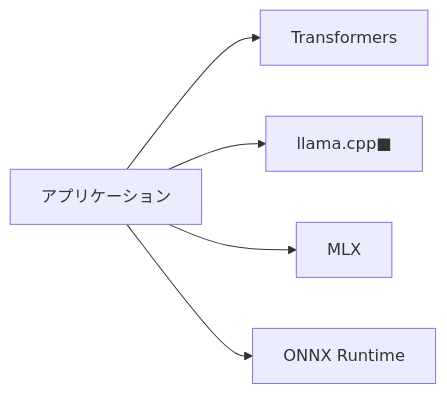
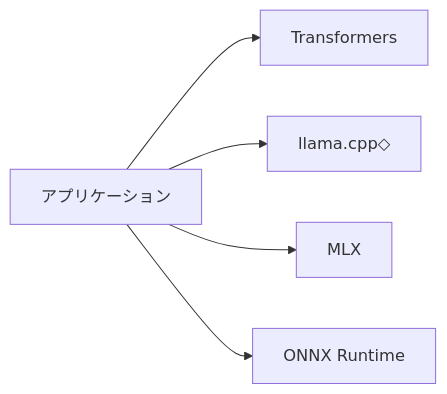
The ninth of 14 diagrams in README.md (SparklingDetergent/doc_genai_Using_Generative_AI_with_Mac_Mini_-Introduction-), drawn with Mermaid before and after one commit. The commit also changed other lines of this file, not shown here.

````diff
--- a/README.md
+++ b/README.md
@@ -201,7 +201,7 @@
 ```mermaid
 graph LR
     A[アプリケーション] --> B[Transformers]
-    A --> C[llama.cpp■]
+    A --> C[llama.cpp◇]
     A --> D[MLX]
     A --> E[ONNX Runtime]
 ```
````
